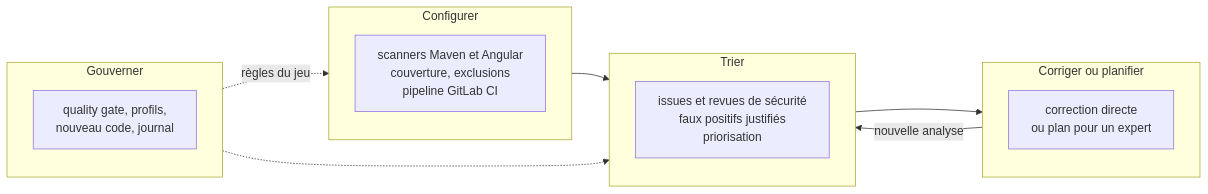
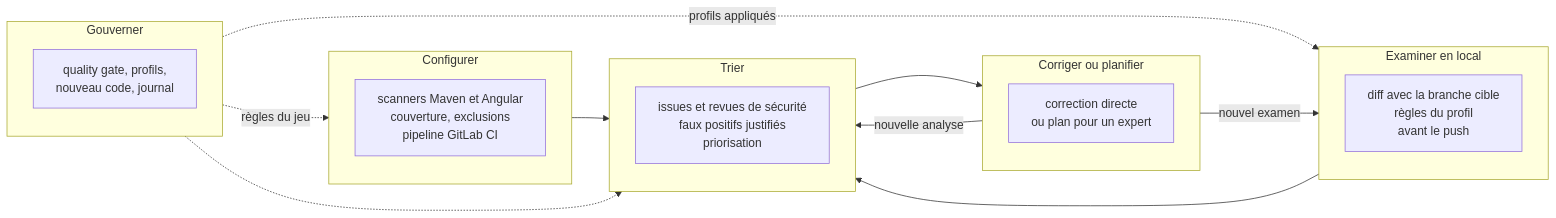
One commit to FredGarcia/Agent2Prompt changed the first of 2 diagrams in specs/sonarqube/SKILL.md. Above: the diagram before and after it, drawn with Mermaid. The commit also changed other lines of this file and 11 other files, not shown here.

First line of the commit message:
spec(sonarqube): version 1.1.0, examen local avant GitLab

````diff
--- a/specs/sonarqube/SKILL.md
+++ b/specs/sonarqube/SKILL.md
@@ -30,19 +30,25 @@
 ```mermaid
 flowchart LR
   subgraph M1["Configurer"]
     C1["scanners Maven et Angular<br/>couverture, exclusions<br/>pipeline GitLab CI"]
+  end
+  subgraph M0["Examiner en local"]
+    L1["diff avec la branche cible<br/>règles du profil<br/>avant le push"]
   end
   subgraph M2["Trier"]
     T1["issues et revues de sécurité<br/>faux positifs justifiés<br/>priorisation"]
   end
   subgraph M3["Corriger ou planifier"]
     R1["correction directe<br/>ou plan pour un expert"]
   end
   subgraph M4["Gouverner"]
     G1["quality gate, profils,<br/>nouveau code, journal"]
   end
   M1 --> M2 --> M3
+  M0 --> M2
   M4 -.->|"règles du jeu"| M1
   M4 -.-> M2
+  M4 -.->|"profils appliqués"| M0
   M3 -->|"nouvelle analyse"| M2
+  M3 -->|"nouvel examen"| M0
 ```
````
